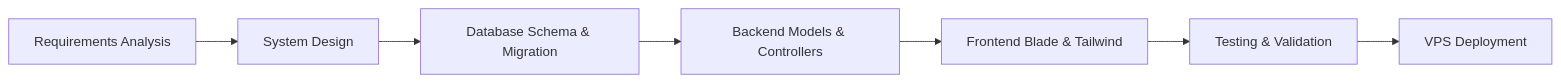
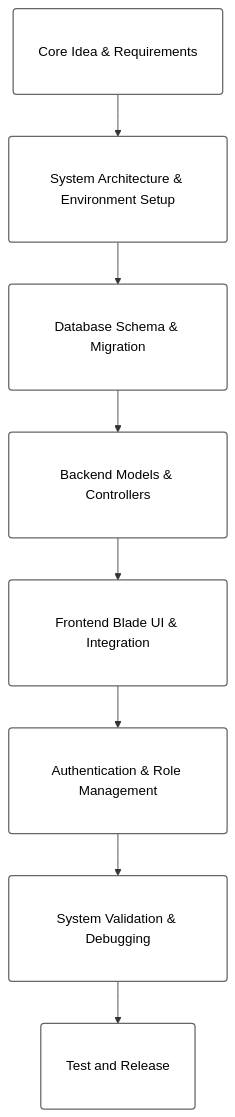
One commit to shivadars/Alumni_System changed the diagram in Alumni_System_FSD_Report/pipeline_diagram.mmd. Above: the diagram before and after it, drawn with Mermaid. The commit also changed 5 other files, not shown here.

```diff
--- a/Alumni_System_FSD_Report/pipeline_diagram.mmd
+++ b/Alumni_System_FSD_Report/pipeline_diagram.mmd
@@ -1,7 +1,22 @@
-flowchart LR
-    Req[Requirements Analysis] --> Design[System Design]
-    Design --> DB[Database Schema & Migration]
-    DB --> Back[Backend Models & Controllers]
-    Back --> Front[Frontend Blade & Tailwind]
-    Front --> Test[Testing & Validation]
-    Test --> Deploy[VPS Deployment]
+flowchart TD
+    Idea[Core Idea & Requirements]
+    S1[System Architecture & Environment Setup]
+    S2[Database Schema & Migration]
+    S3[Backend Models & Controllers]
+    S4[Frontend Blade UI & Integration]
+    S5[Authentication & Role Management]
+    S6[System Validation & Debugging]
+    S7[Test and Release]
+    
+    %% Connections flowing strictly from top to down
+    Idea --> S1
+    S1 --> S2
+    S2 --> S3
+    S3 --> S4
+    S4 --> S5
+    S5 --> S6
+    S6 --> S7
+    
+    %% Styling
+    classDef box fill:#ffffff,stroke:#666,stroke-width:1.5px,color:#000,rx:4,ry:4,padding:15px
+    class Idea,S1,S2,S3,S4,S5,S6,S7 box
```
